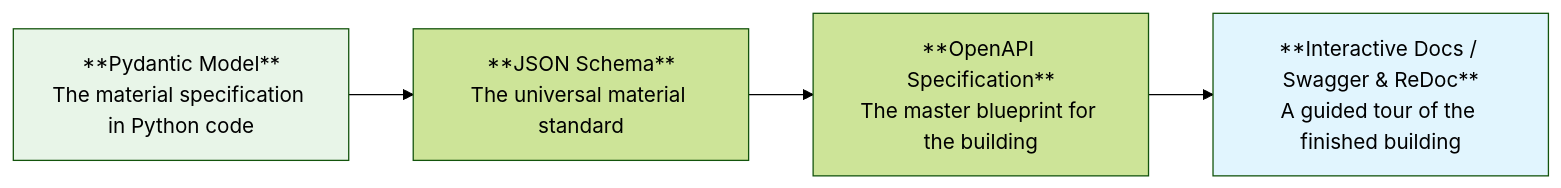
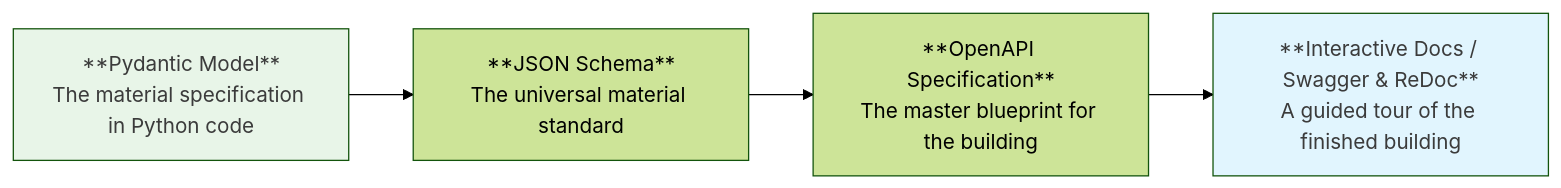
One commit to ridwanspace/restful-fastapi-guideline changed the second of 3 diagrams in app/docs/03_intermediate/10-references-standards/page.mdx. Above: the diagram before and after it, drawn with Mermaid (forest theme). The commit also changed 13 other files, not shown here.

First line of the commit message:
💄 style(docs): improve readability of diagrams

````diff
--- a/app/docs/03_intermediate/10-references-standards/page.mdx
+++ b/app/docs/03_intermediate/10-references-standards/page.mdx
@@ -146,9 +146,9 @@
   ```mermaid
   graph LR
       A[**Pydantic Model**<br/>The material specification in Python code] --> B[**JSON Schema**<br/>The universal material standard]
       B --> C[**OpenAPI Specification**<br/>The master blueprint for the building]
       C --> D[**Interactive Docs / Swagger & ReDoc**<br/>A guided tour of the finished building]
 
-      style A fill:#e8f5e8
-      style D fill:#e1f5fe
+      style A fill:#e8f5e8,color:#3b3b3b
+      style D fill:#e1f5fe,color:#3b3b3b
   ```
````
